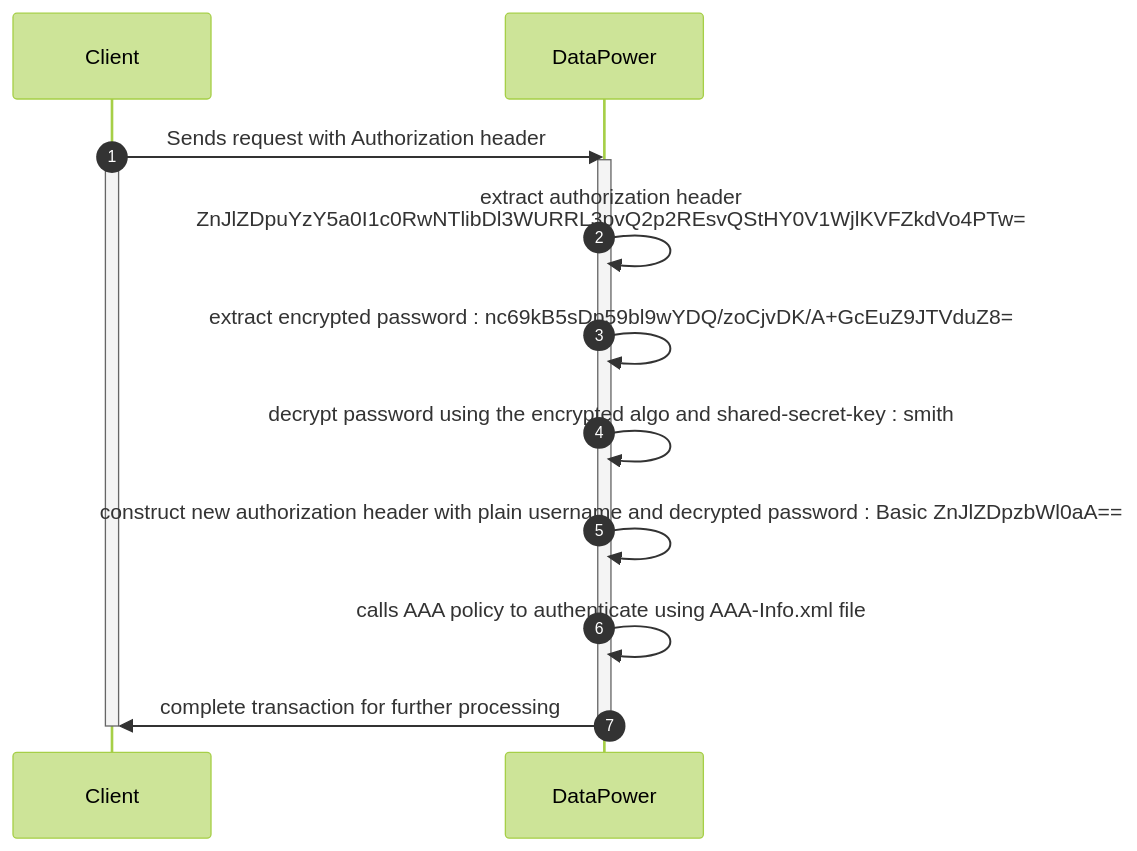
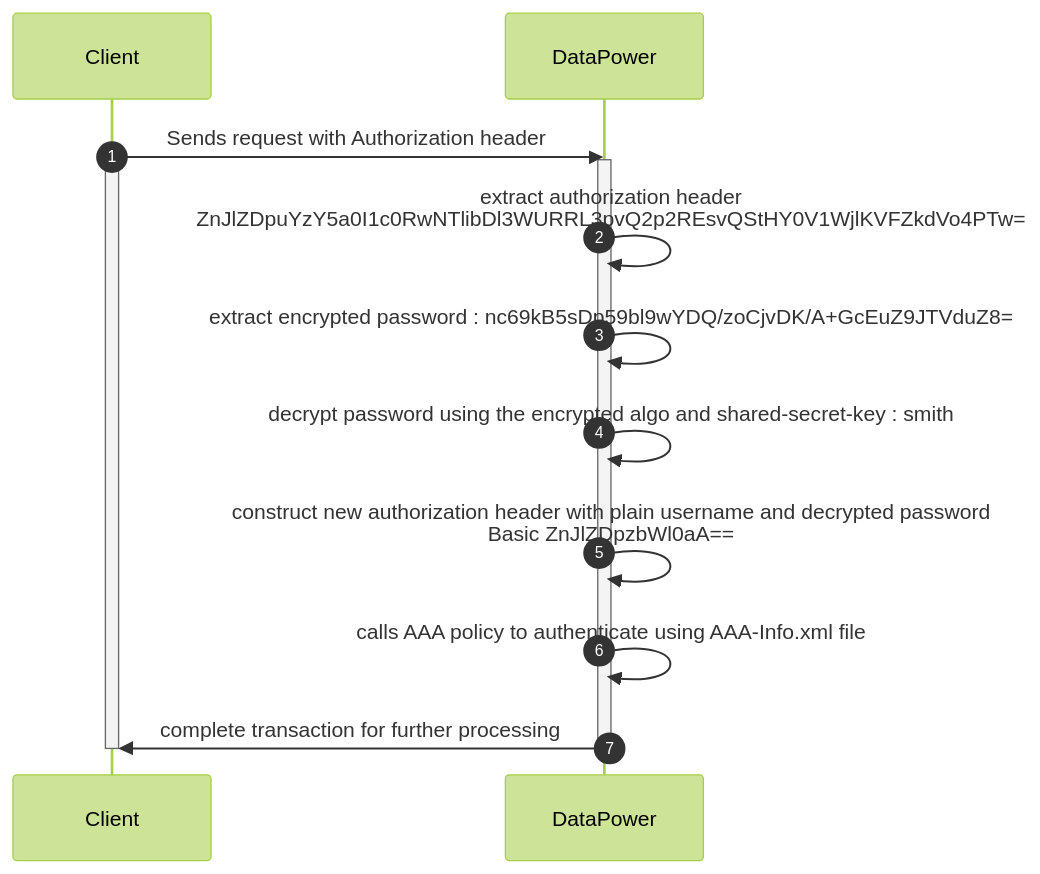
The diagram in _posts/2024-11-20-encrypt-decrypt-aaa-info-file-creds.md (adityasingh-lab/adityasingh-lab.github.io), drawn with Mermaid (forest theme) before and after one commit.

Commit message:
added emoji and updated sequence diagram

````diff
--- a/_posts/2024-11-20-encrypt-decrypt-aaa-info-file-creds.md
+++ b/_posts/2024-11-20-encrypt-decrypt-aaa-info-file-creds.md
@@ -42,17 +42,17 @@
 ```mermaid
 sequenceDiagram
 participant cl as Client
 participant dp as DataPower
 autonumber
 cl ->> dp: Sends request with Authorization header
 activate cl
 activate dp
 dp ->> dp: extract authorization header <br/>ZnJlZDpuYzY5a0I1c0RwNTlibDl3WURRL3pvQ2p2REsvQStHY0V1WjlKVFZkdVo4PTw=
 dp ->> dp: extract encrypted password : nc69kB5sDp59bl9wYDQ/zoCjvDK/A+GcEuZ9JTVduZ8=
 dp ->> dp: decrypt password using the encrypted algo and shared-secret-key : smith
-dp ->> dp: construct new authorization header with plain username and decrypted password : Basic ZnJlZDpzbWl0aA== 
+dp ->> dp: construct new authorization header with plain username and decrypted password<br/>Basic ZnJlZDpzbWl0aA== 
 dp ->> dp: calls AAA policy to authenticate using AAA-Info.xml file
 dp ->> cl: complete transaction for further processing
 deactivate dp
 deactivate cl
 ```
````
